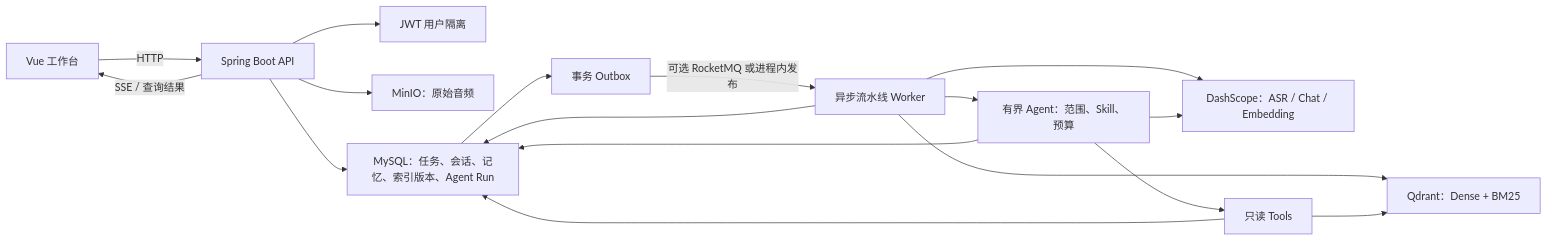
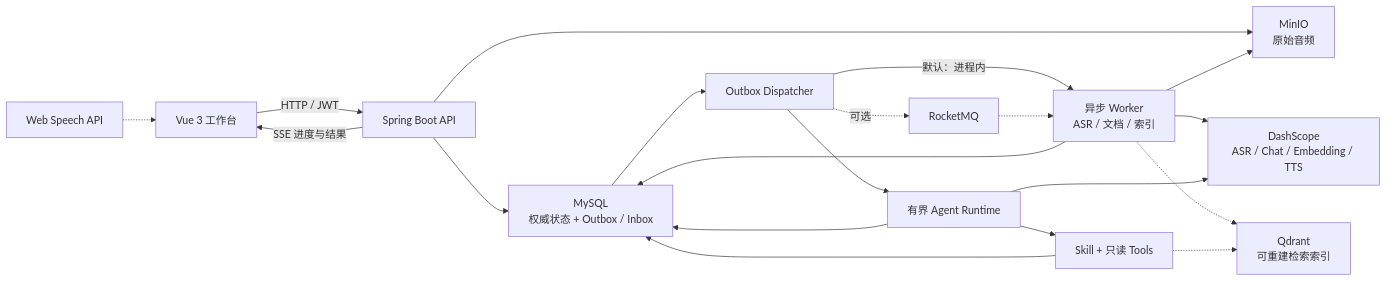
The first of 3 diagrams in README.md (normalform3/voice-note), drawn with Mermaid before and after one commit. The commit also changed other lines of this file and 10 other files, not shown here.

````diff
--- a/README.md
+++ b/README.md
@@ -97,21 +29,26 @@
-~~~mermaid
+```mermaid
 flowchart LR
-    Browser["Vue 工作台"] -->|"HTTP"| Api["Spring Boot API"]
-    Api -->|"SSE / 查询结果"| Browser
-    Api --> Auth["JWT 用户隔离"]
-    Api --> Minio["MinIO：原始音频"]
-    Api --> Mysql["MySQL：任务、会话、记忆、索引版本、Agent Run"]
+    Speech["Web Speech API"] -.-> Browser["Vue 3 工作台"]
+    Browser -->|"HTTP / JWT"| Api["Spring Boot API"]
+    Api -->|"SSE 进度与结果"| Browser
 
-    Mysql --> Outbox["事务 Outbox"]
-    Outbox -->|"可选 RocketMQ 或进程内发布"| Workers["异步流水线 Worker"]
-    Workers --> Models["DashScope：ASR / Chat / Embedding"]
+    Api --> Mysql["MySQL<br/>权威状态 + Outbox / Inbox"]
+    Api --> Minio["MinIO<br/>原始音频"]
+    Mysql --> Dispatcher["Outbox Dispatcher"]
+
+    Dispatcher -->|"默认：进程内"| Workers["异步 Worker<br/>ASR / 文档 / 索引"]
+    Dispatcher -.->|"可选"| RocketMQ["RocketMQ"]
+    RocketMQ -.-> Workers
+    Dispatcher --> Agent["有界 Agent Runtime"]
+
     Workers --> Mysql
-    Workers --> Qdrant["Qdrant：Dense + BM25"]
-    Workers --> Agent["有界 Agent：范围、Skill、预算"]
+    Workers --> Minio
+    Workers --> Models["DashScope<br/>ASR / Chat / Embedding / TTS"]
+    Workers -.-> Qdrant["Qdrant<br/>可重建检索索引"]
 
-    Agent --> Tools["只读 Tools"]
+    Agent --> Models
+    Agent --> Tools["Skill + 只读 Tools"]
     Tools --> Mysql
-    Tools --> Qdrant
-    Agent --> Models
+    Tools -.-> Qdrant
     Agent --> Mysql
-~~~
+```
````
